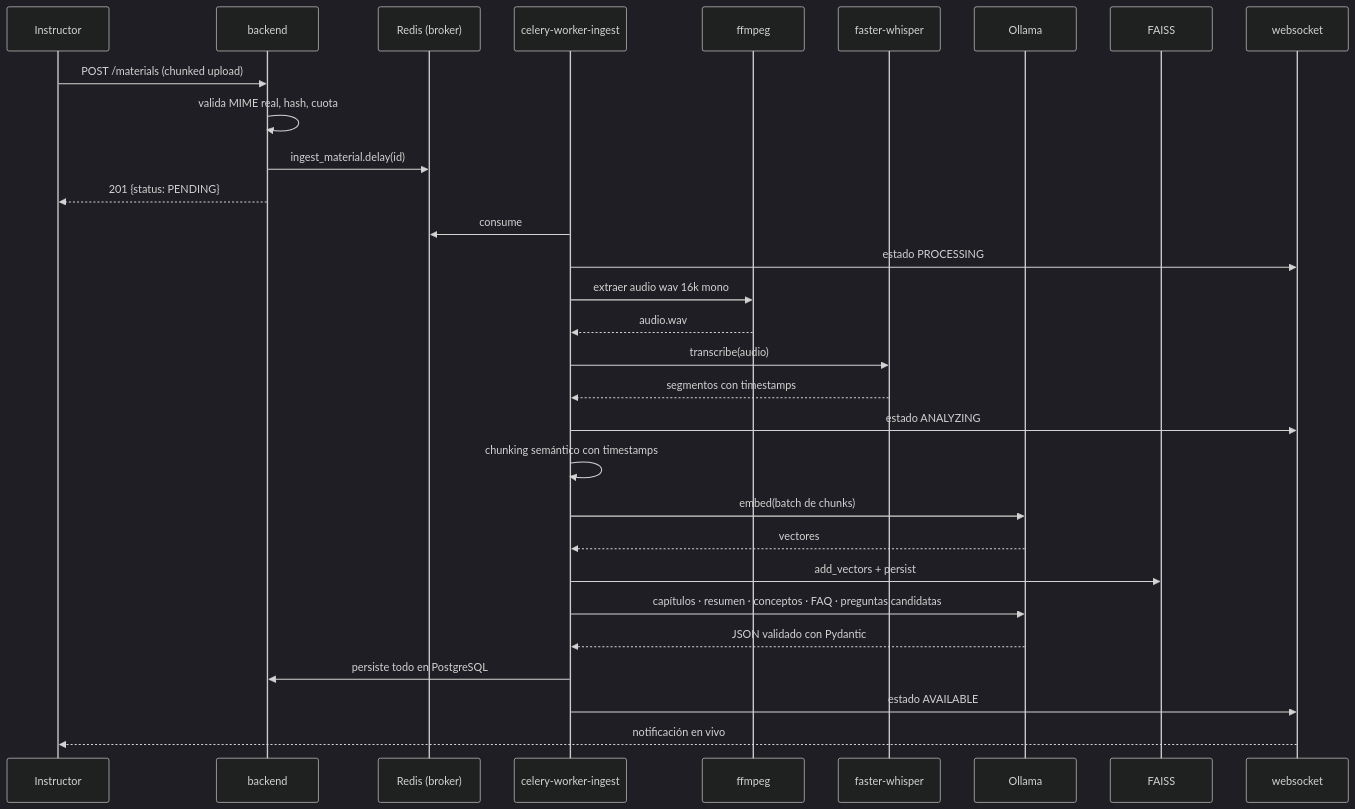
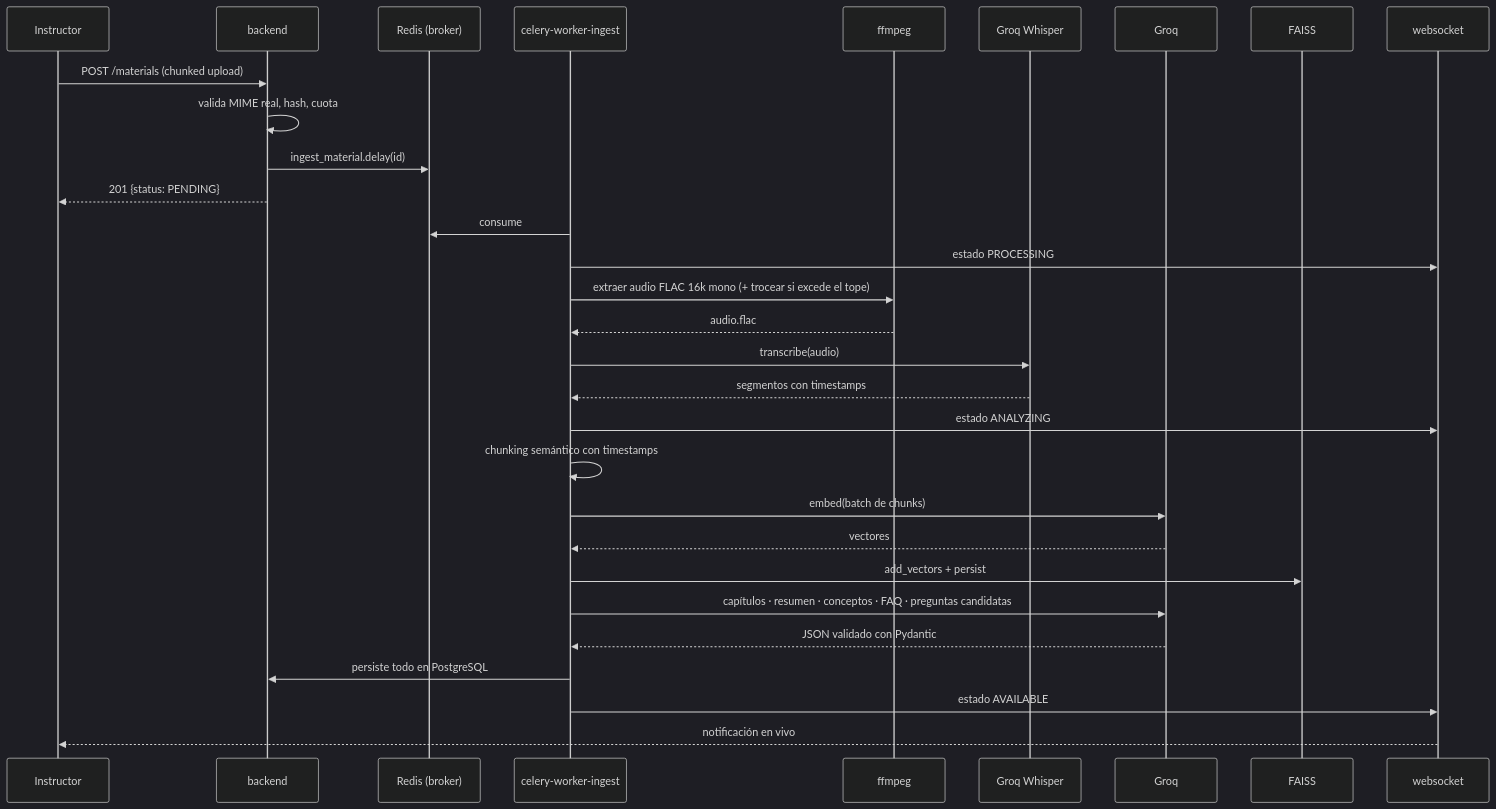
The sixth of 7 diagrams in docs/05-arquitectura.md (YoAndres2001/Capacitacion_IA), drawn with Mermaid (dark theme) before and after one commit. The commit also changed other lines of this file and 118 other files, not shown here.

````diff
--- a/docs/05-arquitectura.md
+++ b/docs/05-arquitectura.md
@@ -269,33 +270,33 @@
 ```mermaid
 sequenceDiagram
     participant I as Instructor
     participant API as backend
     participant Q as Redis (broker)
     participant W as celery-worker-ingest
     participant FF as ffmpeg
-    participant WH as faster-whisper
-    participant L as Ollama
+    participant WH as Groq Whisper
+    participant L as Groq
     participant F as FAISS
     participant WS as websocket
 
     I->>API: POST /materials (chunked upload)
     API->>API: valida MIME real, hash, cuota
     API->>Q: ingest_material.delay(id)
     API-->>I: 201 {status: PENDING}
     W->>Q: consume
     W->>WS: estado PROCESSING
-    W->>FF: extraer audio wav 16k mono
-    FF-->>W: audio.wav
+    W->>FF: extraer audio FLAC 16k mono (+ trocear si excede el tope)
+    FF-->>W: audio.flac
     W->>WH: transcribe(audio)
     WH-->>W: segmentos con timestamps
     W->>WS: estado ANALYZING
     W->>W: chunking semántico con timestamps
     W->>L: embed(batch de chunks)
     L-->>W: vectores
     W->>F: add_vectors + persist
     W->>L: capítulos · resumen · conceptos · FAQ · preguntas candidatas
     L-->>W: JSON validado con Pydantic
     W->>API: persiste todo en PostgreSQL
     W->>WS: estado AVAILABLE
     WS-->>I: notificación en vivo
 ```
````
